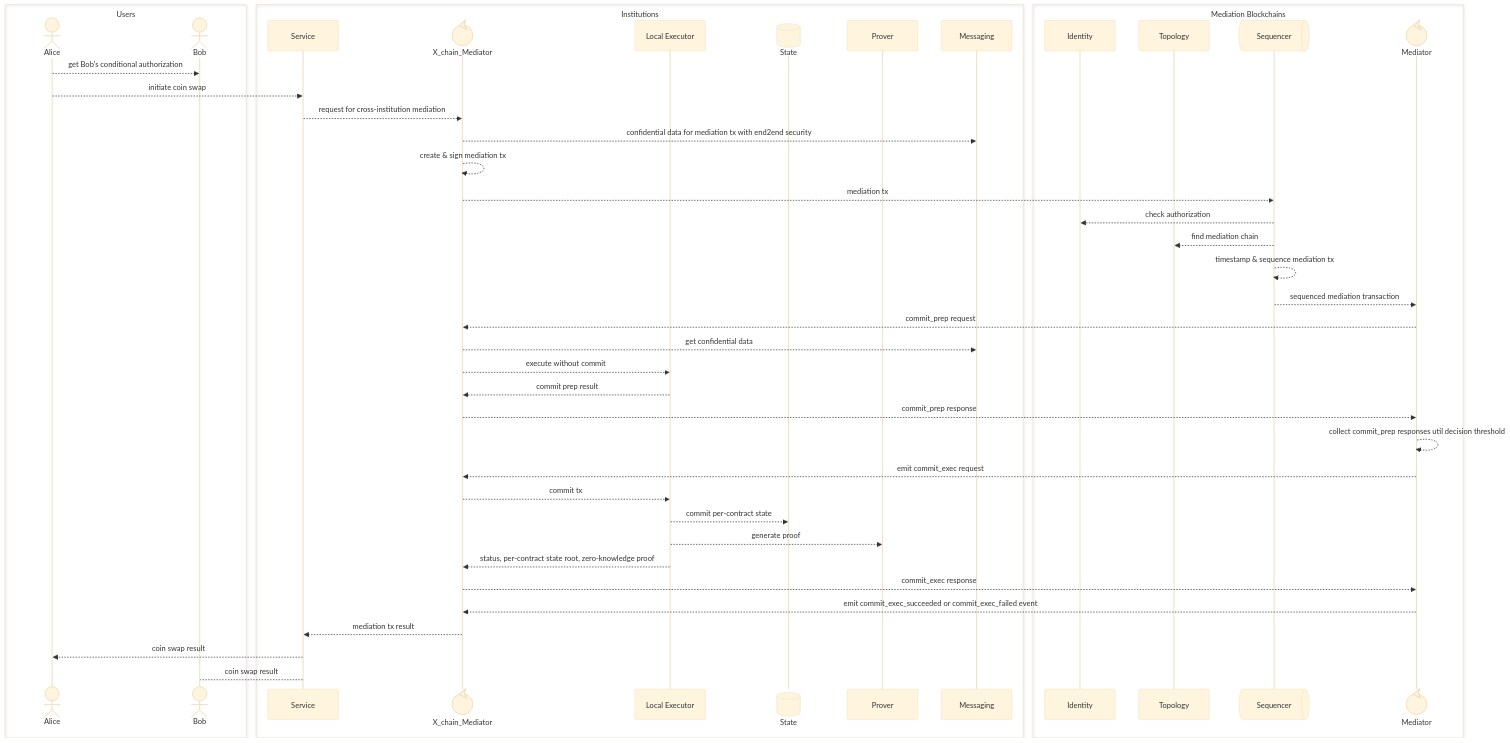
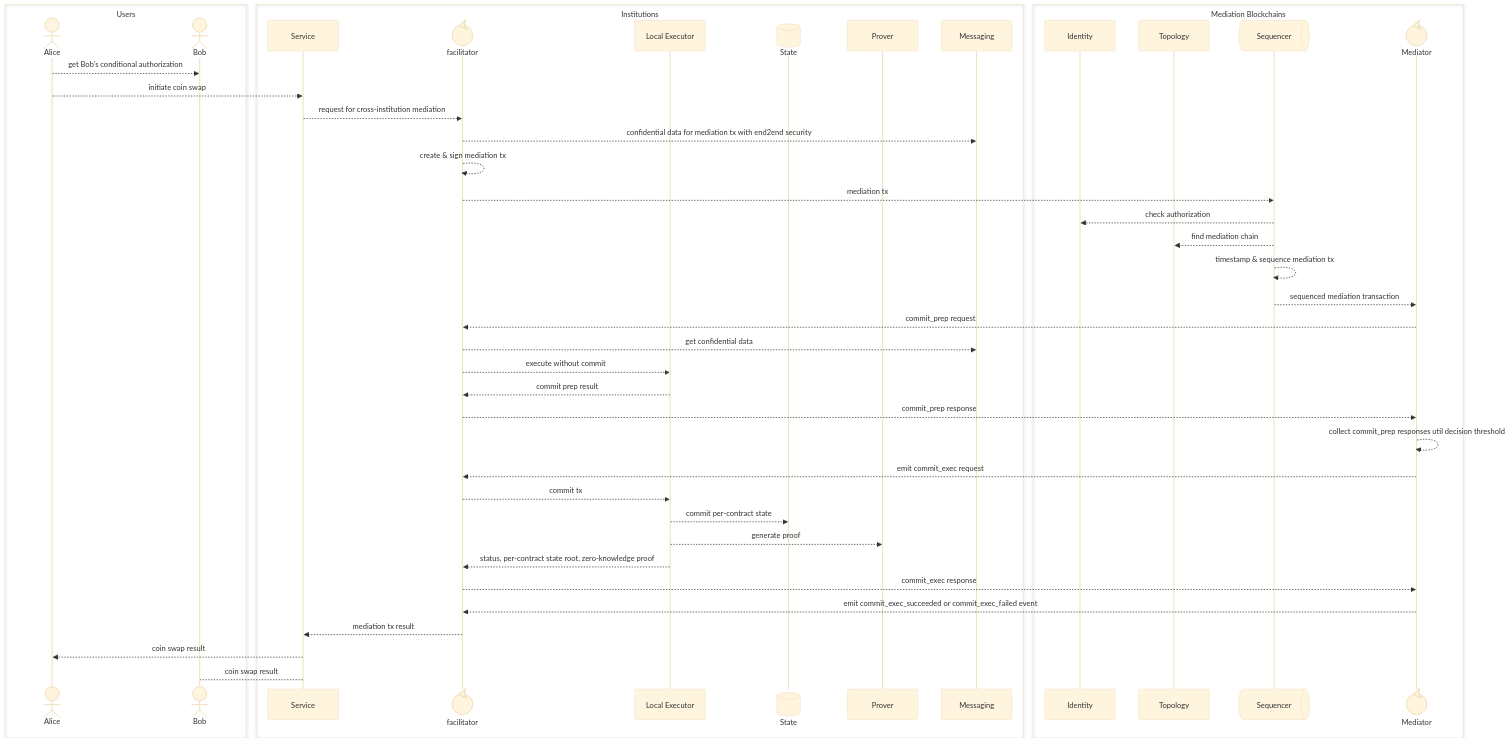
One commit to PDXbaap/design changed the diagram in finance_architecture.md. Above: the diagram before and after it, drawn with Mermaid (base theme).

````diff
--- a/finance_architecture.md
+++ b/finance_architecture.md
@@ -29,47 +29,47 @@
 ```mermaid
 sequenceDiagram
 box Users
 actor Alice
 actor Bob
 end
 box Institutions
 participant Service
-participant X_chain_Mediator@{"type": "control"}
+participant facilitator@{"type": "control"}
 participant Local Executor
 participant State@{"type": "database"}
 participant Prover
 participant Messaging
 end
 box Mediation Blockchains
 participant Identity
 participant Topology
 participant Sequencer@{"type": "queue"}
 participant Mediator@{"type": "control"}
 end
 Alice -->> Bob: get Bob's conditional authorization
 Alice -->> Service: initiate coin swap
-Service -->> X_chain_Mediator: request for cross-institution mediation
-X_chain_Mediator -->> Messaging: confidential data for mediation tx with end2end security
-X_chain_Mediator -->> X_chain_Mediator: create & sign mediation tx
-X_chain_Mediator -->> Sequencer: mediation tx
+Service -->> facilitator: request for cross-institution mediation
+facilitator -->> Messaging: confidential data for mediation tx with end2end security
+facilitator -->> facilitator: create & sign mediation tx
+facilitator -->> Sequencer: mediation tx
 Sequencer -->> Identity: check authorization
 Sequencer -->> Topology: find mediation chain
 Sequencer -->> Sequencer: timestamp & sequence mediation tx
 Sequencer -->> Mediator: sequenced mediation transaction
-Mediator -->> X_chain_Mediator: commit_prep request
-X_chain_Mediator -->> Messaging: get confidential data
-X_chain_Mediator -->> Local Executor: execute without commit
-Local Executor -->> X_chain_Mediator: commit prep result
-X_chain_Mediator -->> Mediator: commit_prep response
+Mediator -->> facilitator: commit_prep request
+facilitator -->> Messaging: get confidential data
+facilitator -->> Local Executor: execute without commit
+Local Executor -->> facilitator: commit prep result
+facilitator -->> Mediator: commit_prep response
 Mediator -->> Mediator: collect commit_prep responses util decision threshold
-Mediator -->> X_chain_Mediator: emit commit_exec request
-X_chain_Mediator -->> Local Executor: commit tx
+Mediator -->> facilitator: emit commit_exec request
+facilitator -->> Local Executor: commit tx
 Local Executor -->> State: commit per-contract state
 Local Executor -->> Prover: generate proof
-Local Executor -->> X_chain_Mediator: status, per-contract state root, zero-knowledge proof
-X_chain_Mediator -->> Mediator: commit_exec response
-Mediator -->> X_chain_Mediator: emit commit_exec_succeeded or commit_exec_failed event
-X_chain_Mediator -->> Service: mediation tx result
+Local Executor -->> facilitator: status, per-contract state root, zero-knowledge proof
+facilitator -->> Mediator: commit_exec response
+Mediator -->> facilitator: emit commit_exec_succeeded or commit_exec_failed event
+facilitator -->> Service: mediation tx result
 Service -->> Alice: coin swap result
 Service --> Bob: coin swap result
 ```
````
